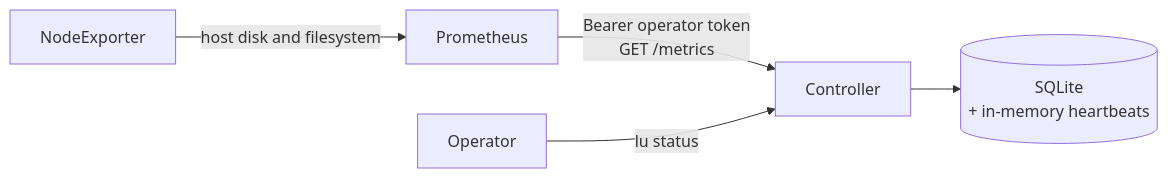
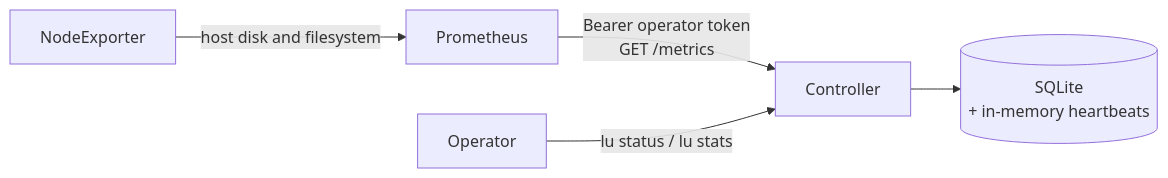
The diagram in docs/monitoring.md (ddproxy/lu), drawn with Mermaid before and after one commit. The commit also changed other lines of this file and 19 other files, not shown here.

````diff
--- a/docs/monitoring.md
+++ b/docs/monitoring.md
@@ -5,7 +5,7 @@
 ```mermaid
 flowchart LR
     Prometheus -->|"Bearer operator token<br/>GET /metrics"| Controller
-    Operator -->|"lu status"| Controller
+    Operator -->|"lu status / lu stats"| Controller
     Controller --> Store[("SQLite<br/>+ in-memory heartbeats")]
     NodeExporter -->|"host disk and filesystem"| Prometheus
 ```
````
